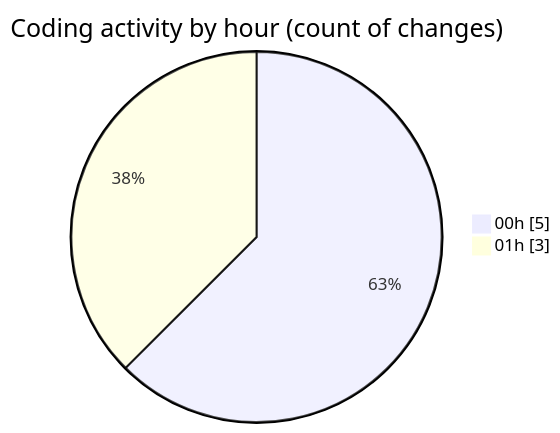
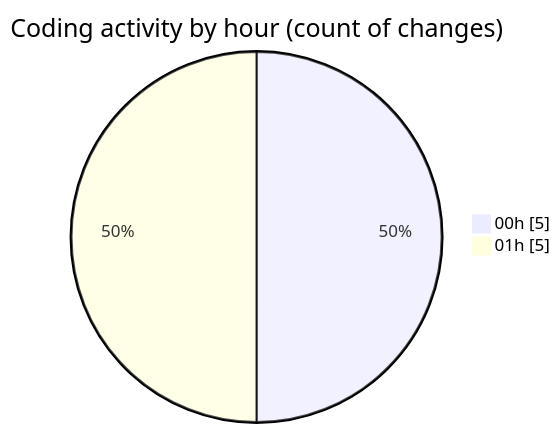
The second of 2 diagrams in 2025-06-15/projects/README.md (Ritupan-Deka/code-tracking), drawn with Mermaid before and after one commit. The commit also changed other lines of this file and 1 other file, not shown here.

````diff
--- a/2025-06-15/projects/README.md
+++ b/2025-06-15/projects/README.md
@@ -33,6 +33,6 @@
 ```mermaid
 pie showData
 title Coding activity by hour (count of changes)
 "00h" : 5
-"01h" : 3
+"01h" : 5
 ```
````
